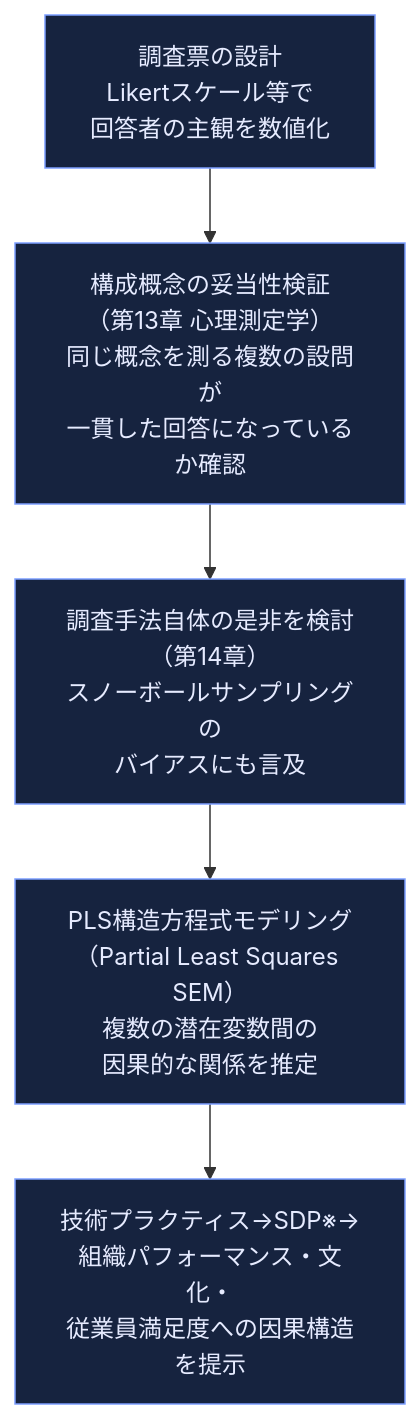
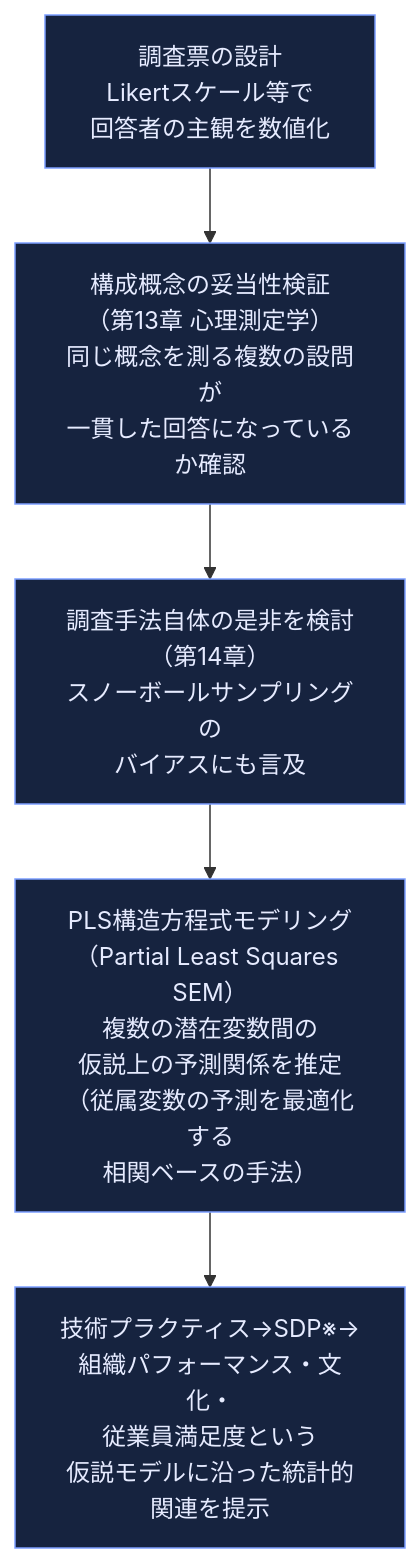
Before and after one commit to myoshi2891/Cloud-Infrastructure-Studies: diagram 16 of 18 in Accelerate-lean-devops-guide.md, drawn with Mermaid. The commit also changed other lines of this file and 3 other files, not shown here.

````diff
--- a/Accelerate-lean-devops-guide.md
+++ b/Accelerate-lean-devops-guide.md
@@ -529,10 +529,10 @@
 ```mermaid
 flowchart TB
     Q["調査票の設計<br/>Likertスケール等で<br/>回答者の主観を数値化"] --> Val["構成概念の妥当性検証<br/>（第13章 心理測定学）<br/>同じ概念を測る複数の設問が<br/>一貫した回答になっているか確認"]
     Val --> Method["調査手法自体の是非を検討<br/>（第14章）<br/>スノーボールサンプリングの<br/>バイアスにも言及"]
-    Method --> PLS["PLS構造方程式モデリング<br/>（Partial Least Squares SEM）<br/>複数の潜在変数間の<br/>因果的な関係を推定"]
-    PLS --> Result["技術プラクティス→SDP※→<br/>組織パフォーマンス・文化・<br/>従業員満足度への因果構造を提示"]
+    Method --> PLS["PLS構造方程式モデリング<br/>（Partial Least Squares SEM）<br/>複数の潜在変数間の<br/>仮説上の予測関係を推定<br/>（従属変数の予測を最適化する<br/>相関ベースの手法）"]
+    PLS --> Result["技術プラクティス→SDP※→<br/>組織パフォーマンス・文化・<br/>従業員満足度という<br/>仮説モデルに沿った統計的関連を提示"]
 
     classDef step fill:#16233f,stroke:#7c9eff,color:#e6ebff
     class Q,Val,Method,PLS,Result step
 ```
````
